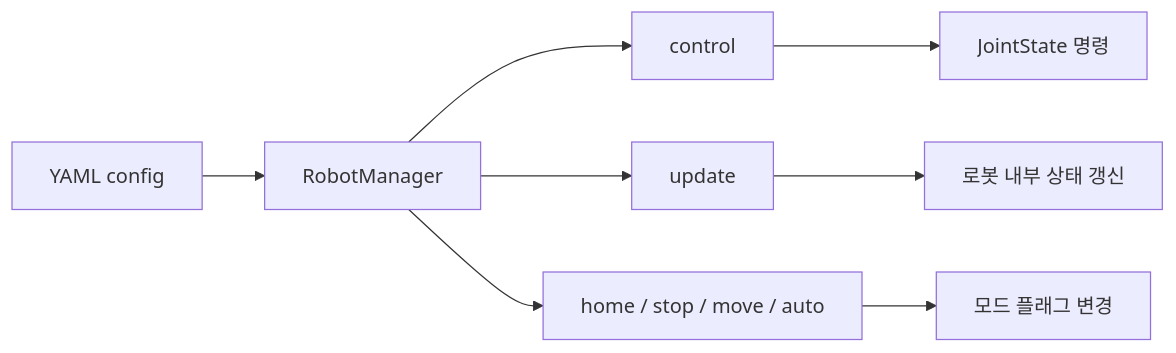
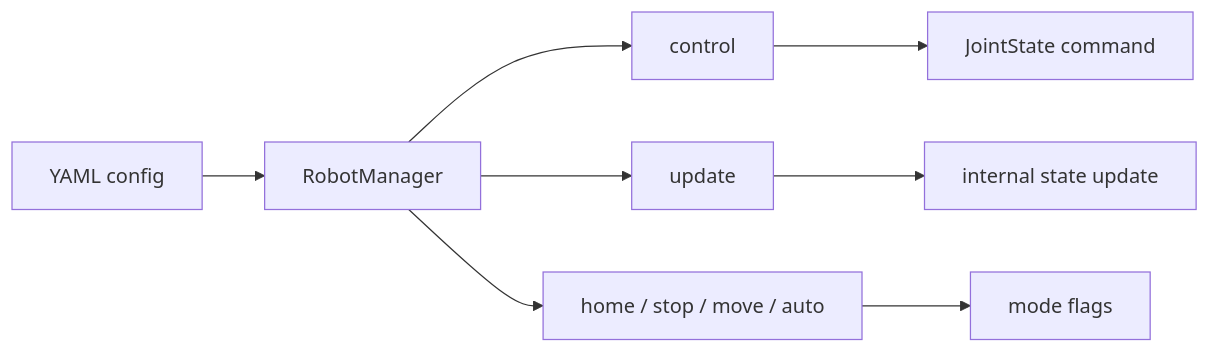
Before and after one commit to SeonilChoi/robot_manager: the first of 2 diagrams in src/robot_manager/README.md, drawn with Mermaid. The commit also changed other lines of this file, not shown here.

````diff
--- a/src/robot_manager/README.md
+++ b/src/robot_manager/README.md
@@ -67,10 +67,10 @@
 ```mermaid
 flowchart LR
   A[YAML config] --> B[RobotManager]
   B --> C[control]
   B --> D[update]
   B --> E[home / stop / move / auto]
-  C --> F[JointState 명령]
-  D --> G[로봇 내부 상태 갱신]
-  E --> H[모드 플래그 변경]
+  C --> F[JointState command]
+  D --> G[internal state update]
+  E --> H[mode flags]
 ```
````
